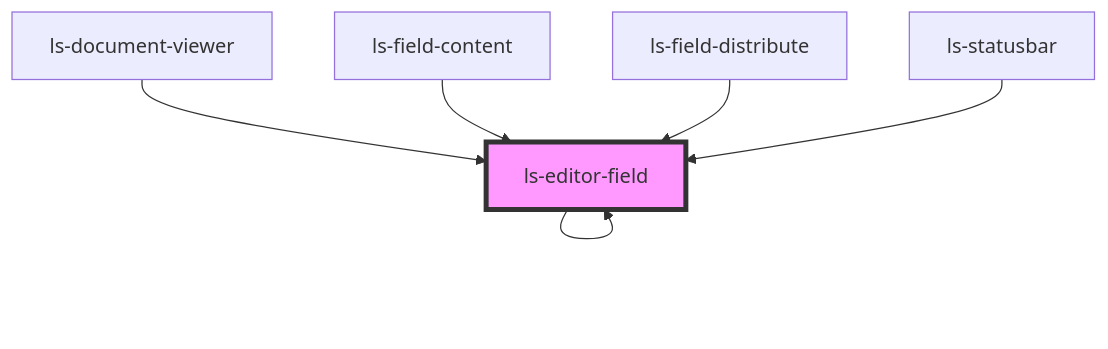
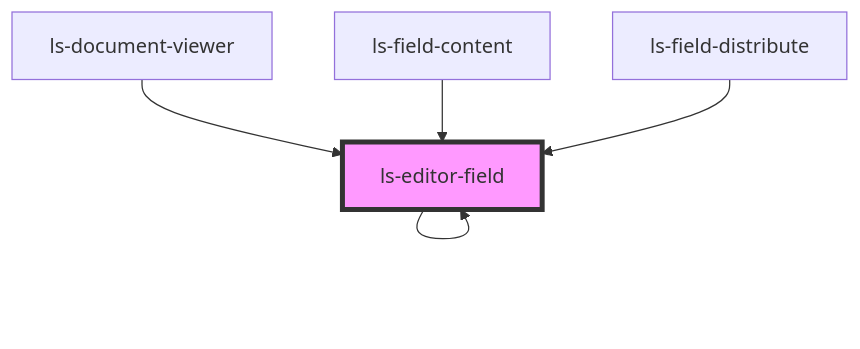
Before and after one commit to legalesign/ls-document-viewer: the diagram in src/components/ls-editor-field/readme.md, drawn with Mermaid. The commit also changed other lines of this file and 2 other files, not shown here.

````diff
--- a/src/components/ls-editor-field/readme.md
+++ b/src/components/ls-editor-field/readme.md
@@ -47,9 +46,8 @@
 ```mermaid
 graph TD;
   ls-editor-field --> ls-editor-field
   ls-document-viewer --> ls-editor-field
   ls-field-content --> ls-editor-field
   ls-field-distribute --> ls-editor-field
-  ls-statusbar --> ls-editor-field
   style ls-editor-field fill:#f9f,stroke:#333,stroke-width:4px
 ```
````
